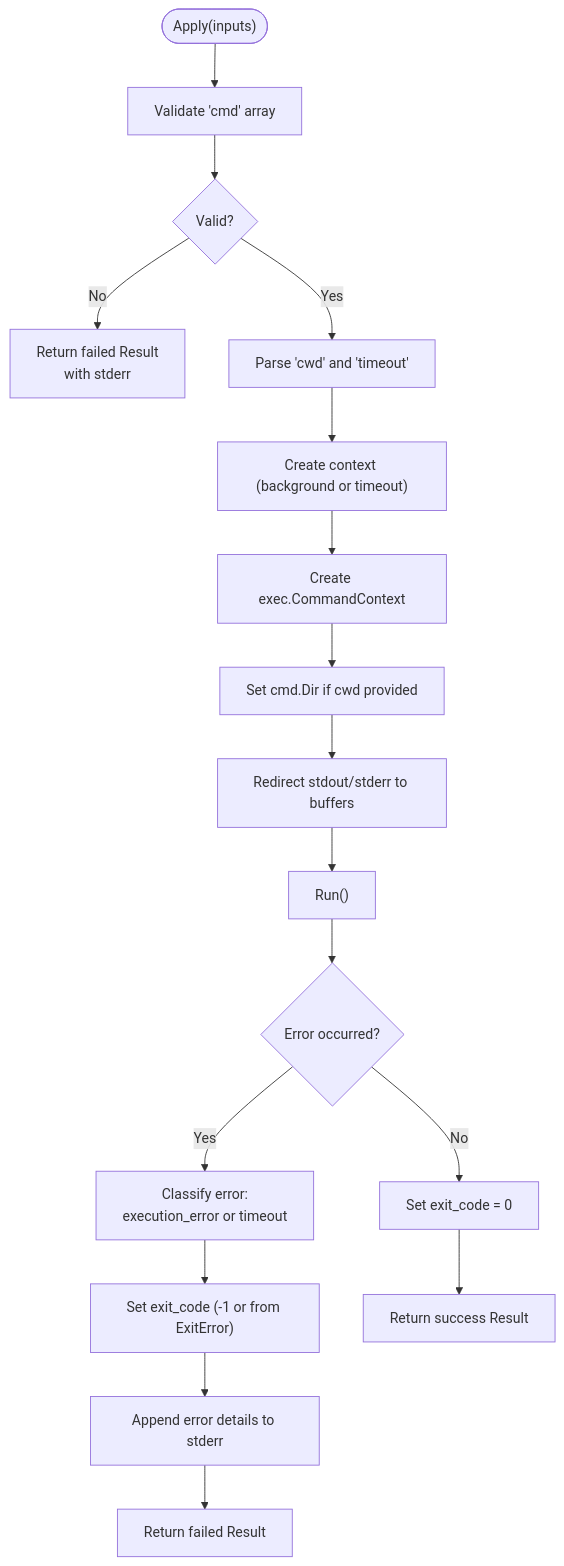
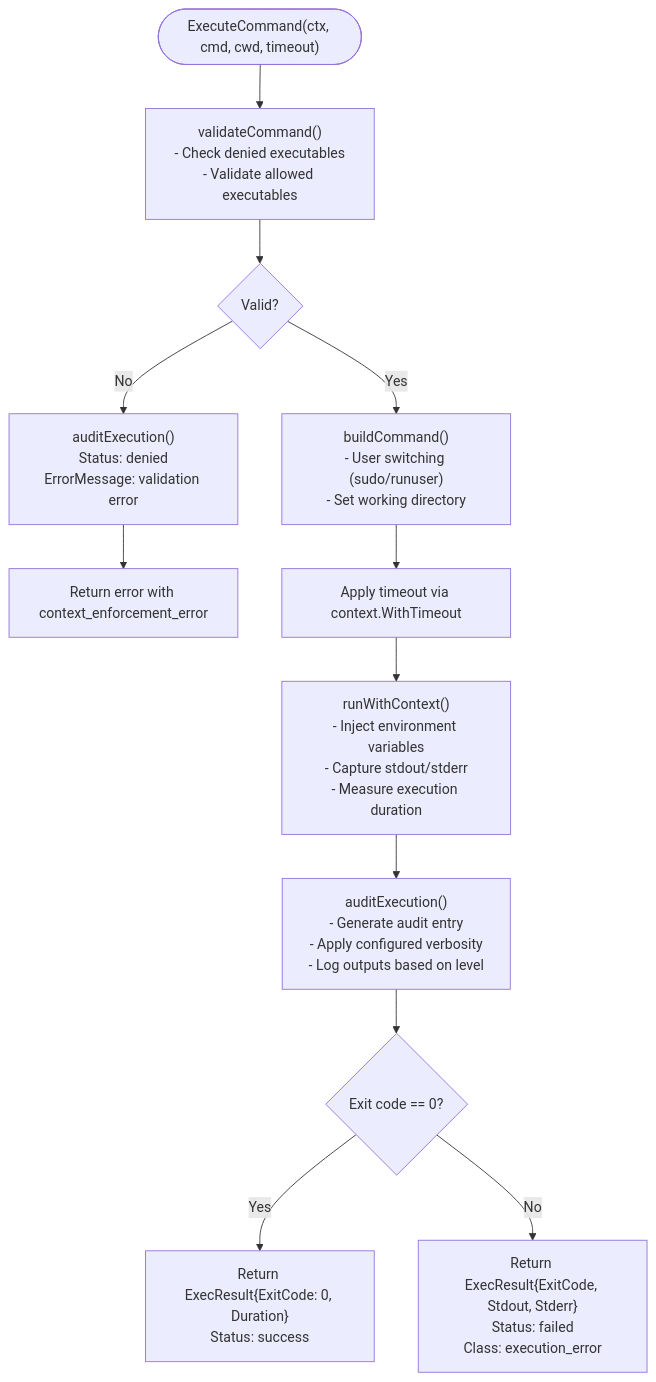
Before and after one commit to ahmednour1430464/dotdevops: the third of 5 diagrams in .qoder/repowiki/en/content/Primitive Operations/Process Execution Primitive.md, drawn with Mermaid. The commit also changed other lines of this file and 12 other files, not shown here.

````diff
--- a/.qoder/repowiki/en/content/Primitive Operations/Process Execution Primitive.md
+++ b/.qoder/repowiki/en/content/Primitive Operations/Process Execution Primitive.md
@@ -137,19 +180,14 @@
 ```mermaid
 flowchart TD
-Start(["Apply(inputs)"]) --> ParseCmd["Validate 'cmd' array"]
-ParseCmd --> CmdOk{"Valid?"}
-CmdOk -- No --> FailRes["Return failed Result<br/>with stderr"]
-CmdOk -- Yes --> ParseOpts["Parse 'cwd' and 'timeout'"]
-ParseOpts --> Ctx["Create context (background or timeout)"]
-Ctx --> BuildCmd["Create exec.CommandContext"]
-BuildCmd --> SetDir["Set cmd.Dir if cwd provided"]
-SetDir --> SetupStreams["Redirect stdout/stderr to buffers"]
-SetupStreams --> RunCmd["Run()"]
-RunCmd --> ErrCheck{"Error occurred?"}
-ErrCheck -- Yes --> Classify["Classify error:<br/>execution_error or timeout"]
-Classify --> ExitCode["Set exit_code (-1 or from ExitError)"]
-ExitCode --> AppendErr["Append error details to stderr"]
-AppendErr --> ReturnFail["Return failed Result"]
-ErrCheck -- No --> Success["Set exit_code = 0"]
-Success --> ReturnOk["Return success Result"]
+Start(["ExecuteCommand(ctx, cmd, cwd, timeout)"]) --> ValidateCmd["validateCommand()<br/>- Check denied executables<br/>- Validate allowed executables"]
+ValidateCmd --> CmdOk{"Valid?"}
+CmdOk -- No --> DenyAudit["auditExecution()<br/>Status: denied<br/>ErrorMessage: validation error"]
+DenyAudit --> ReturnErr["Return error with context_enforcement_error"]
+CmdOk -- Yes --> BuildCmd["buildCommand()<br/>- User switching (sudo/runuser)<br/>- Set working directory"]
+BuildCmd --> ApplyTimeout["Apply timeout via context.WithTimeout"]
+ApplyTimeout --> RunWithContext["runWithContext()<br/>- Inject environment variables<br/>- Capture stdout/stderr<br/>- Measure execution duration"]
+RunWithContext --> AuditExec["auditExecution()<br/>- Generate audit entry<br/>- Apply configured verbosity<br/>- Log outputs based on level"]
+AuditExec --> Success{"Exit code == 0?"}
+Success -- Yes --> ReturnOk["Return ExecResult{ExitCode: 0, Duration}"<br/>Status: success]
+Success -- No --> ReturnFail["Return ExecResult{ExitCode, Stdout, Stderr}<br/>Status: failed<br/>Class: execution_error"]
 ```
````
